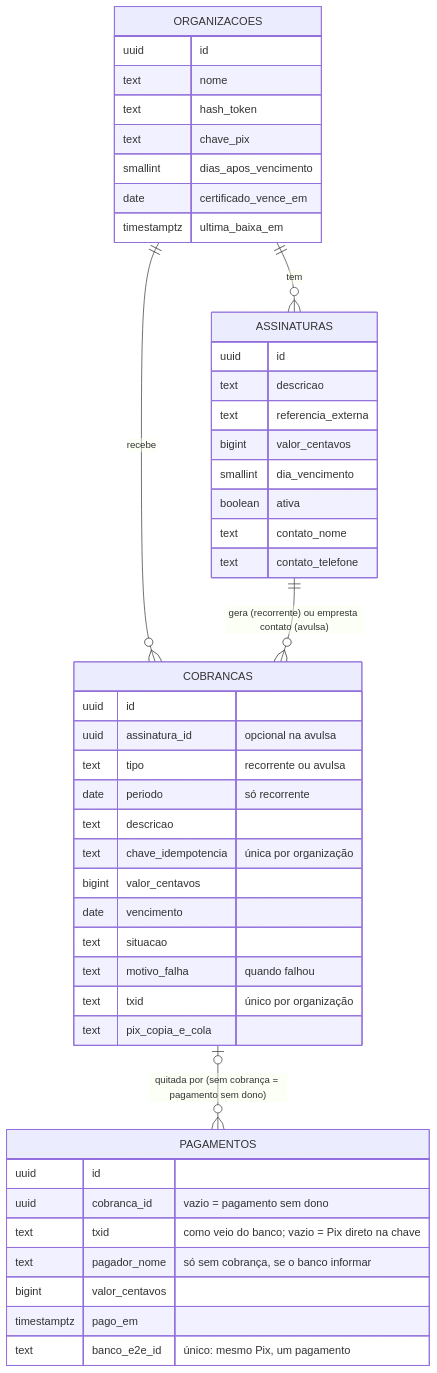
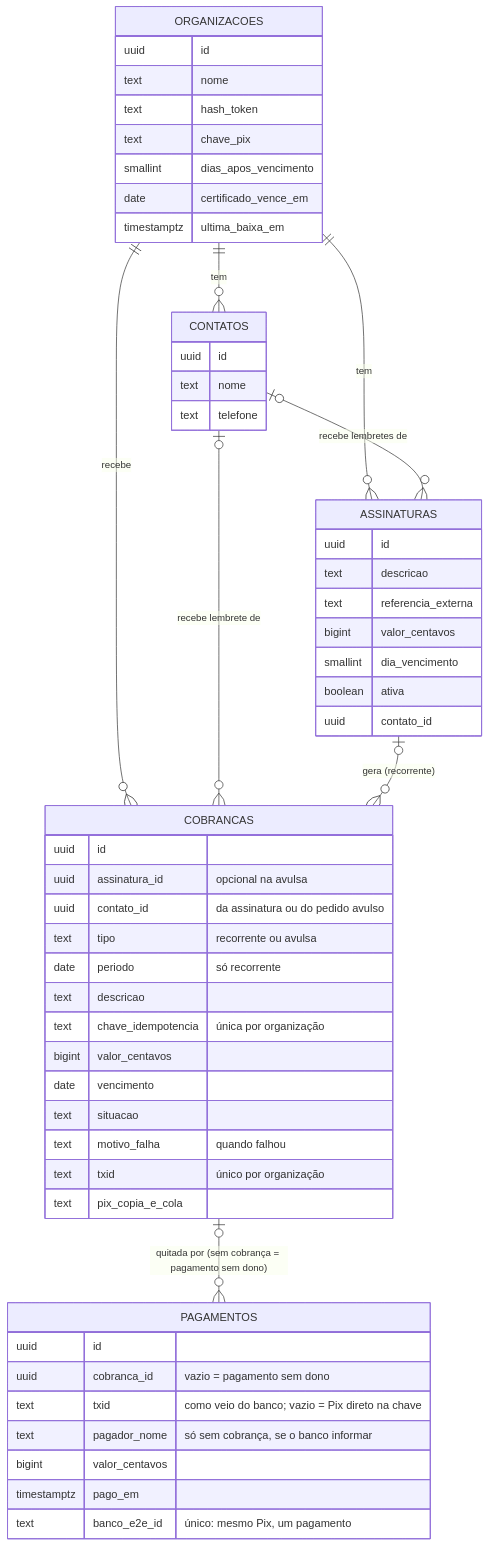
The eighth of 9 diagrams in docs/processos.md (leonardorudolfocardoso/pix-em-dia), drawn with Mermaid before and after one commit. The commit also changed other lines of this file and 2 other files, not shown here.

Commit message:
Tabela contatos no modelo de dados, pela LGPD
Substitui a decisão de 17/11 (sem tabela de pagadores): nome e telefone
ficam só em contatos, apontados por assinaturas e cobranças. No piloto,
um contato por linha da planilha, sem juntar duplicados. Criptografia
própria das colunas fica em Depois.

Claude-Session: https://claude.ai/code/session_014tLRxcr4whGzjPqpJzq2PS

````diff
--- a/docs/processos.md
+++ b/docs/processos.md
@@ -205,49 +205,57 @@
 ```mermaid
 erDiagram
   ORGANIZACOES ||--o{ ASSINATURAS : tem
   ORGANIZACOES ||--o{ COBRANCAS : recebe
-  ASSINATURAS ||--o{ COBRANCAS : "gera (recorrente) ou empresta contato (avulsa)"
+  ORGANIZACOES ||--o{ CONTATOS : tem
+  CONTATOS |o--o{ ASSINATURAS : "recebe lembretes de"
+  CONTATOS |o--o{ COBRANCAS : "recebe lembrete de"
+  ASSINATURAS |o--o{ COBRANCAS : "gera (recorrente)"
   COBRANCAS |o--o{ PAGAMENTOS : "quitada por (sem cobrança = pagamento sem dono)"
   ORGANIZACOES {
     uuid id
     text nome
     text hash_token
     text chave_pix
     smallint dias_apos_vencimento
     date certificado_vence_em
     timestamptz ultima_baixa_em
   }
   ASSINATURAS {
     uuid id
     text descricao
     text referencia_externa
     bigint valor_centavos
     smallint dia_vencimento
     boolean ativa
-    text contato_nome
-    text contato_telefone
+    uuid contato_id
+  }
+  CONTATOS {
+    uuid id
+    text nome
+    text telefone
   }
   COBRANCAS {
     uuid id
     uuid assinatura_id "opcional na avulsa"
+    uuid contato_id "da assinatura ou do pedido avulso"
     text tipo "recorrente ou avulsa"
     date periodo "só recorrente"
     text descricao
     text chave_idempotencia "única por organização"
     bigint valor_centavos
     date vencimento
     text situacao
     text motivo_falha "quando falhou"
     text txid "único por organização"
     text pix_copia_e_cola
   }
   PAGAMENTOS {
     uuid id
     uuid cobranca_id "vazio = pagamento sem dono"
     text txid "como veio do banco; vazio = Pix direto na chave"
     text pagador_nome "só sem cobrança, se o banco informar"
     bigint valor_centavos
     timestamptz pago_em
     text banco_e2e_id "único: mesmo Pix, um pagamento"
   }
 ```
````
